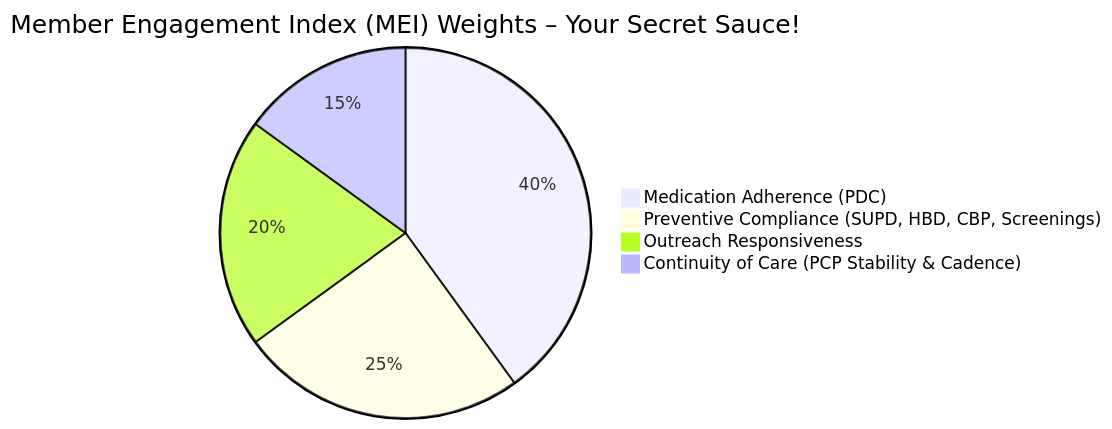
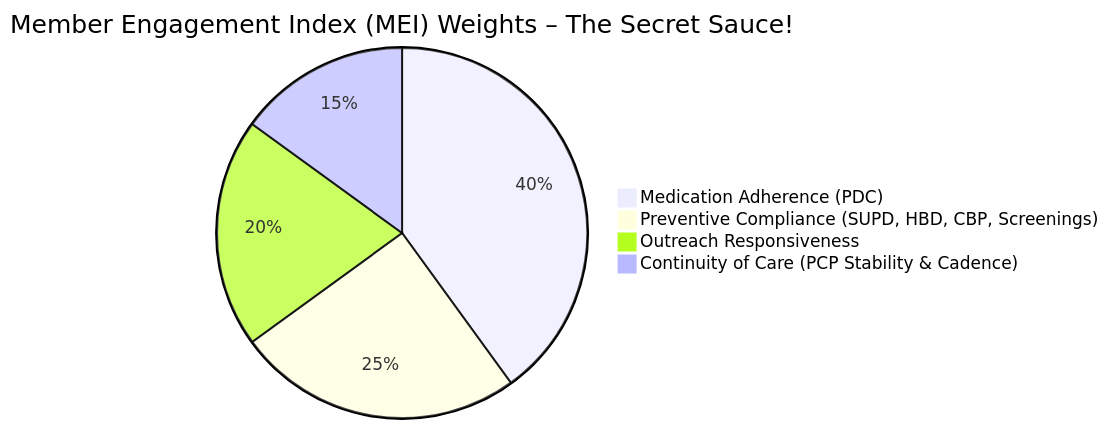
One commit to daniel-QMTRY/QMTRY-Provider-Member-Engagement-Analytics changed the second of 4 diagrams in README.md. Above: the diagram before and after it, drawn with Mermaid. The commit also changed other lines of this file, not shown here.

````diff
--- a/README.md
+++ b/README.md
@@ -38,7 +38,7 @@
 ```mermaid
-pie title Member Engagement Index (MEI) Weights – Your Secret Sauce!
+pie title Member Engagement Index (MEI) Weights – The Secret Sauce!
   "Medication Adherence (PDC)" : 40
   "Preventive Compliance (SUPD, HBD, CBP, Screenings)" : 25
   "Outreach Responsiveness" : 20
   "Continuity of Care (PCP Stability & Cadence)" : 15
 ```
````
